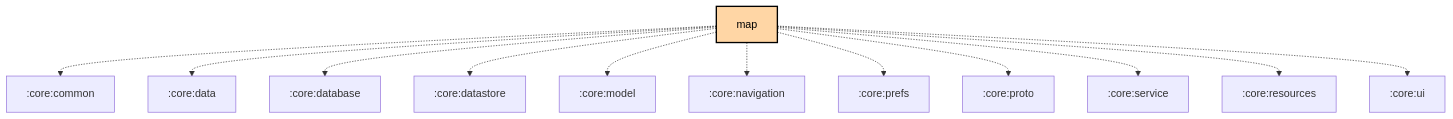
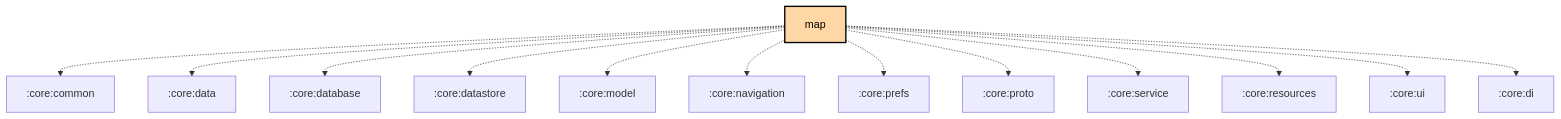
The diagram in feature/map/README.md (meshtastic/Meshtastic-Android), drawn with Mermaid before and after one commit. The commit also changed 10 other files, not shown here.

Commit message:
chore: Scheduled updates (Firmware, Hardware, Translations, Graphs) (#4737)

````diff
--- a/feature/map/README.md
+++ b/feature/map/README.md
@@ -27,26 +27,27 @@
 ```mermaid
 graph TB
   :feature:map[map]:::android-feature
   :feature:map -.-> :core:common
   :feature:map -.-> :core:data
   :feature:map -.-> :core:database
   :feature:map -.-> :core:datastore
   :feature:map -.-> :core:model
   :feature:map -.-> :core:navigation
   :feature:map -.-> :core:prefs
   :feature:map -.-> :core:proto
   :feature:map -.-> :core:service
   :feature:map -.-> :core:resources
   :feature:map -.-> :core:ui
+  :feature:map -.-> :core:di
 
 classDef android-application fill:#CAFFBF,stroke:#000,stroke-width:2px,color:#000;
 classDef android-application-compose fill:#CAFFBF,stroke:#000,stroke-width:2px,color:#000;
 classDef android-feature fill:#FFD6A5,stroke:#000,stroke-width:2px,color:#000;
 classDef android-library fill:#9BF6FF,stroke:#000,stroke-width:2px,color:#000;
 classDef android-library-compose fill:#9BF6FF,stroke:#000,stroke-width:2px,color:#000;
 classDef android-test fill:#A0C4FF,stroke:#000,stroke-width:2px,color:#000;
 classDef jvm-library fill:#BDB2FF,stroke:#000,stroke-width:2px,color:#000;
 classDef kmp-library fill:#FFC1CC,stroke:#000,stroke-width:2px,color:#000;
 classDef unknown fill:#FFADAD,stroke:#000,stroke-width:2px,color:#000;
 
 ```
````
